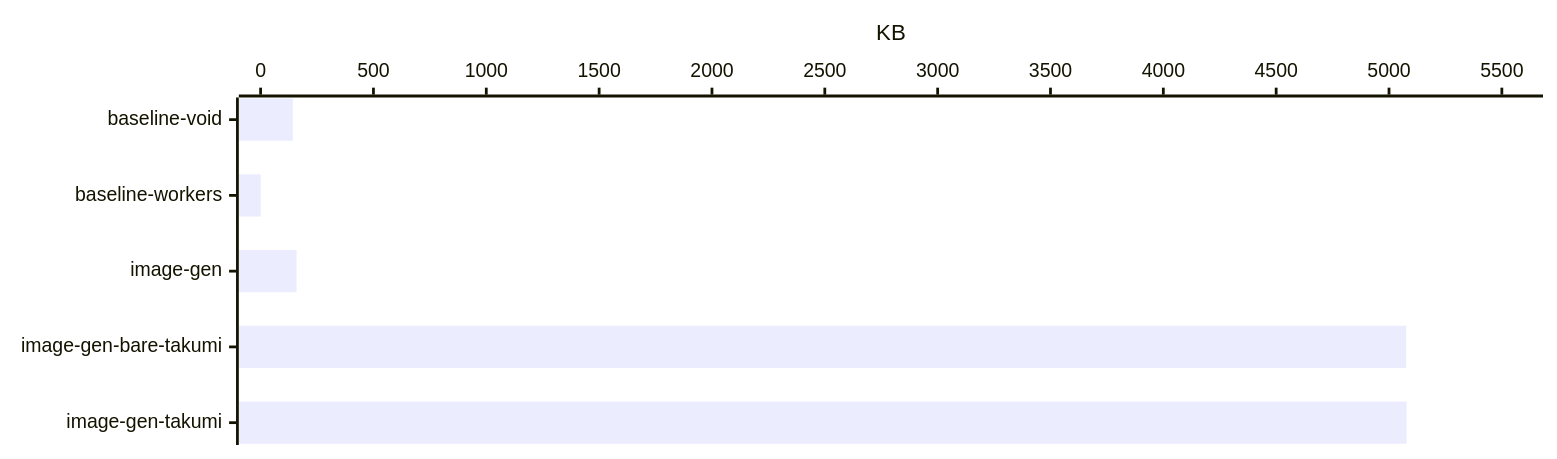
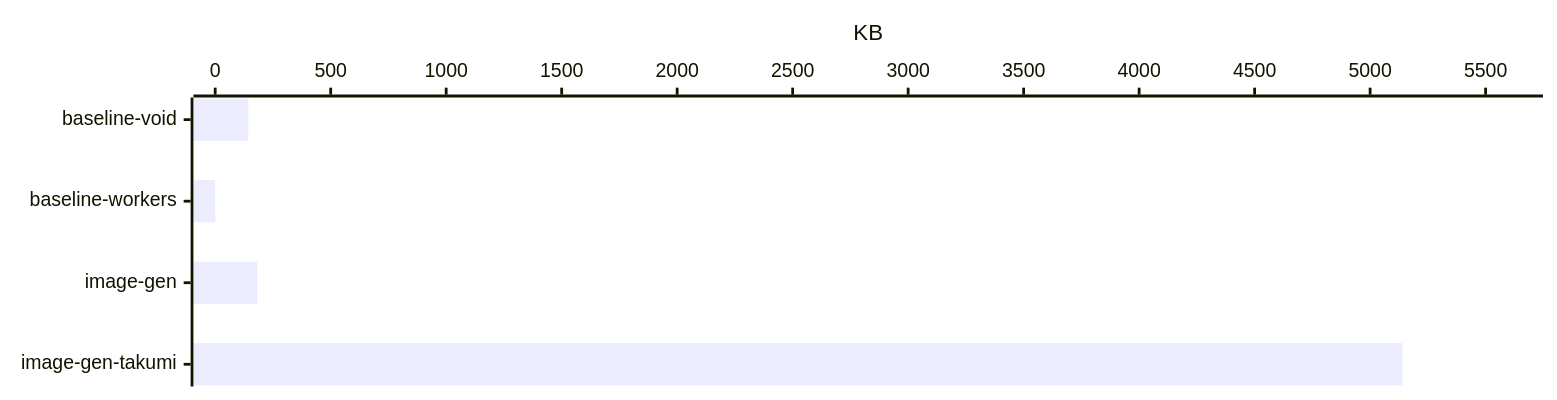
One commit to voidzero-dev/void changed the first of 25 diagrams in benchmark/report.md. Above: the diagram before and after it, drawn with Mermaid. The commit also changed other lines of this file and 6 other files, not shown here.

````diff
--- a/benchmark/report.md
+++ b/benchmark/report.md
@@ -19,12 +18,12 @@
 ```mermaid
 ---
 config:
   xyChart:
     width: 1100
-    height: 310
+    height: 268
 ---
 xychart-beta horizontal
-    x-axis ["baseline-void", "baseline-workers", "image-gen", "image-gen-bare-takumi", "image-gen-takumi"]
-    y-axis "KB" 0 --> 5585.7802
-    bar [142.649, 0.187, 159.47, 5076.039, 5077.982]
+    x-axis ["baseline-void", "baseline-workers", "image-gen", "image-gen-takumi"]
+    y-axis "KB" 0 --> 5654.1441
+    bar [143.403, 0.187, 181.859, 5140.131]
 ```
````
